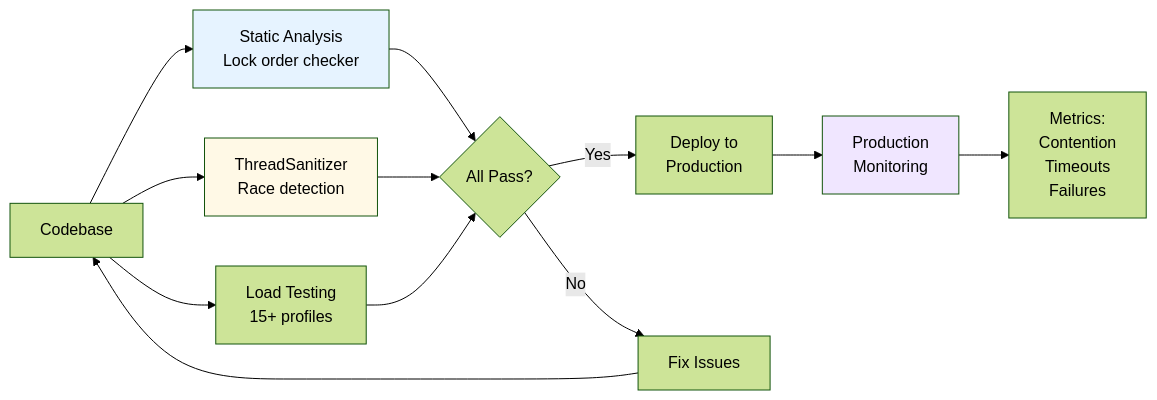
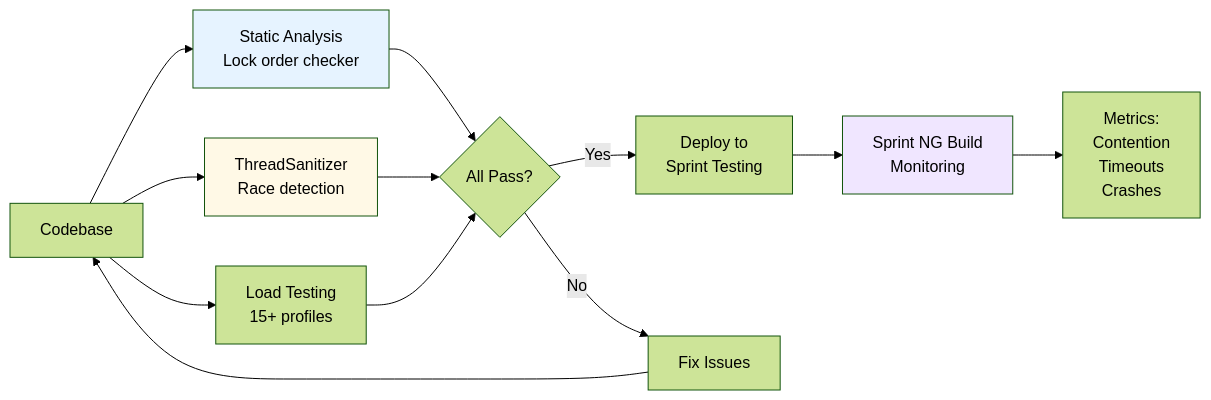
Before and after one commit to rdkcentral/telemetry: the third of 3 diagrams in docs/architecture/summarized_thread_safety_hardening.md, drawn with Mermaid (forest theme). The commit also changed other lines of this file, not shown here.

````diff
--- a/docs/architecture/summarized_thread_safety_hardening.md
+++ b/docs/architecture/summarized_thread_safety_hardening.md
@@ -201,22 +188,22 @@
 ```mermaid
 graph LR
     CODE[Codebase] --> STATIC[Static Analysis<br/>Lock order checker]
     CODE --> TSAN[ThreadSanitizer<br/>Race detection]
     CODE --> LOAD[Load Testing<br/>15+ profiles]
     
     STATIC --> PASS{All Pass?}
     TSAN --> PASS
     LOAD --> PASS
     
-    PASS -->|Yes| DEPLOY[Deploy to<br/>Production]
+    PASS -->|Yes| DEPLOY[Deploy to<br/>Sprint Testing]
     PASS -->|No| FIX[Fix Issues]
     
     FIX --> CODE
     
-    DEPLOY --> MONITOR[Production<br/>Monitoring]
-    MONITOR --> METRICS[Metrics:<br/>Contention<br/>Timeouts<br/>Failures]
+    DEPLOY --> MONITOR[Sprint NG Build<br/>Monitoring]
+    MONITOR --> METRICS[Metrics:<br/>Contention<br/>Timeouts<br/>Crashes]
     
     style STATIC fill:#E6F3FF
     style TSAN fill:#FFF9E6
     style MONITOR fill:#F0E6FF
 ```
````
